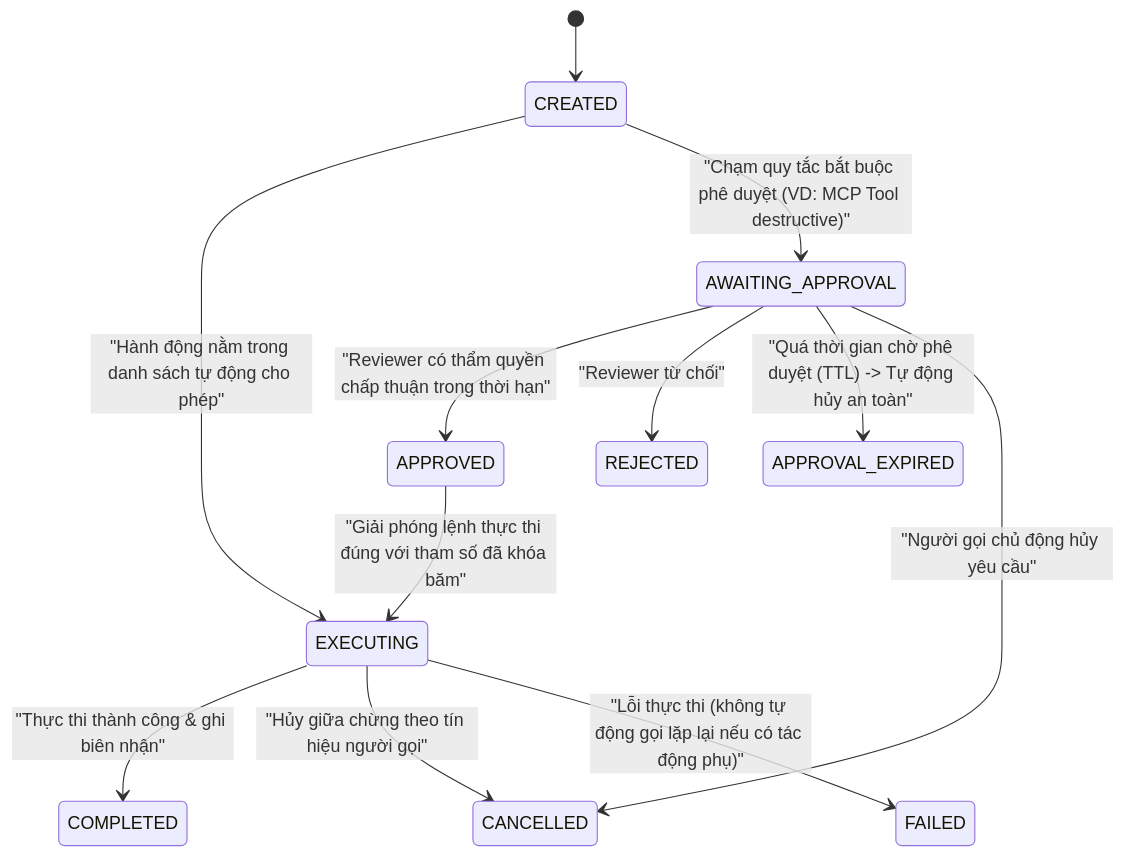
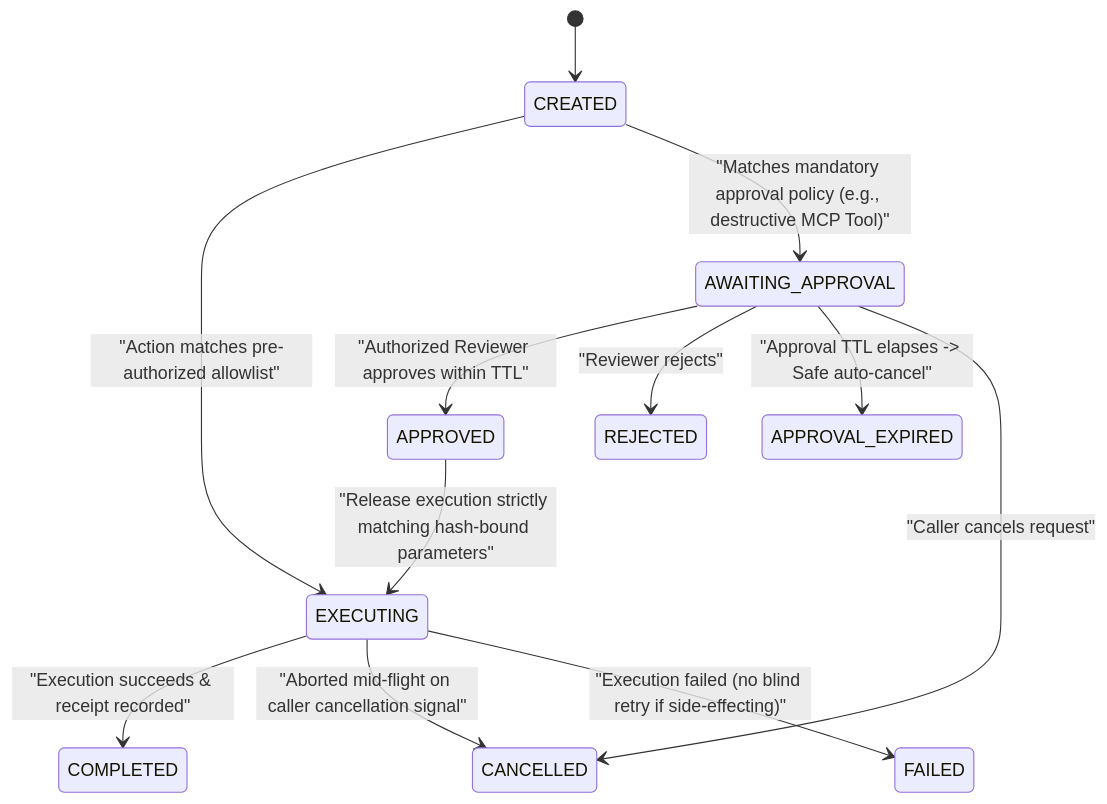
One commit to nguywnben/tanpopo changed the seventh of 9 diagrams in docs/requirements/business-entity-map.md. Above: the diagram before and after it, drawn with Mermaid. The commit also changed other lines of this file and 111 other files, not shown here.

````diff
--- a/docs/requirements/business-entity-map.md
+++ b/docs/requirements/business-entity-map.md
@@ -210,14 +210,14 @@
 ```mermaid
 stateDiagram-v2
     [*] --> CREATED
-    CREATED --> EXECUTING : "Hành động nằm trong danh sách tự động cho phép"
-    CREATED --> AWAITING_APPROVAL : "Chạm quy tắc bắt buộc phê duyệt (VD: MCP Tool destructive)"
-    AWAITING_APPROVAL --> APPROVED : "Reviewer có thẩm quyền chấp thuận trong thời hạn"
-    AWAITING_APPROVAL --> REJECTED : "Reviewer từ chối"
-    AWAITING_APPROVAL --> APPROVAL_EXPIRED : "Quá thời gian chờ phê duyệt (TTL) -> Tự động hủy an toàn"
-    AWAITING_APPROVAL --> CANCELLED : "Người gọi chủ động hủy yêu cầu"
-    APPROVED --> EXECUTING : "Giải phóng lệnh thực thi đúng với tham số đã khóa băm"
-    EXECUTING --> COMPLETED : "Thực thi thành công & ghi biên nhận"
-    EXECUTING --> CANCELLED : "Hủy giữa chừng theo tín hiệu người gọi"
-    EXECUTING --> FAILED : "Lỗi thực thi (không tự động gọi lặp lại nếu có tác động phụ)"
+    CREATED --> EXECUTING : "Action matches pre-authorized allowlist"
+    CREATED --> AWAITING_APPROVAL : "Matches mandatory approval policy (e.g., destructive MCP Tool)"
+    AWAITING_APPROVAL --> APPROVED : "Authorized Reviewer approves within TTL"
+    AWAITING_APPROVAL --> REJECTED : "Reviewer rejects"
+    AWAITING_APPROVAL --> APPROVAL_EXPIRED : "Approval TTL elapses -> Safe auto-cancel"
+    AWAITING_APPROVAL --> CANCELLED : "Caller cancels request"
+    APPROVED --> EXECUTING : "Release execution strictly matching hash-bound parameters"
+    EXECUTING --> COMPLETED : "Execution succeeds & receipt recorded"
+    EXECUTING --> CANCELLED : "Aborted mid-flight on caller cancellation signal"
+    EXECUTING --> FAILED : "Execution failed (no blind retry if side-effecting)"
 ```
````
